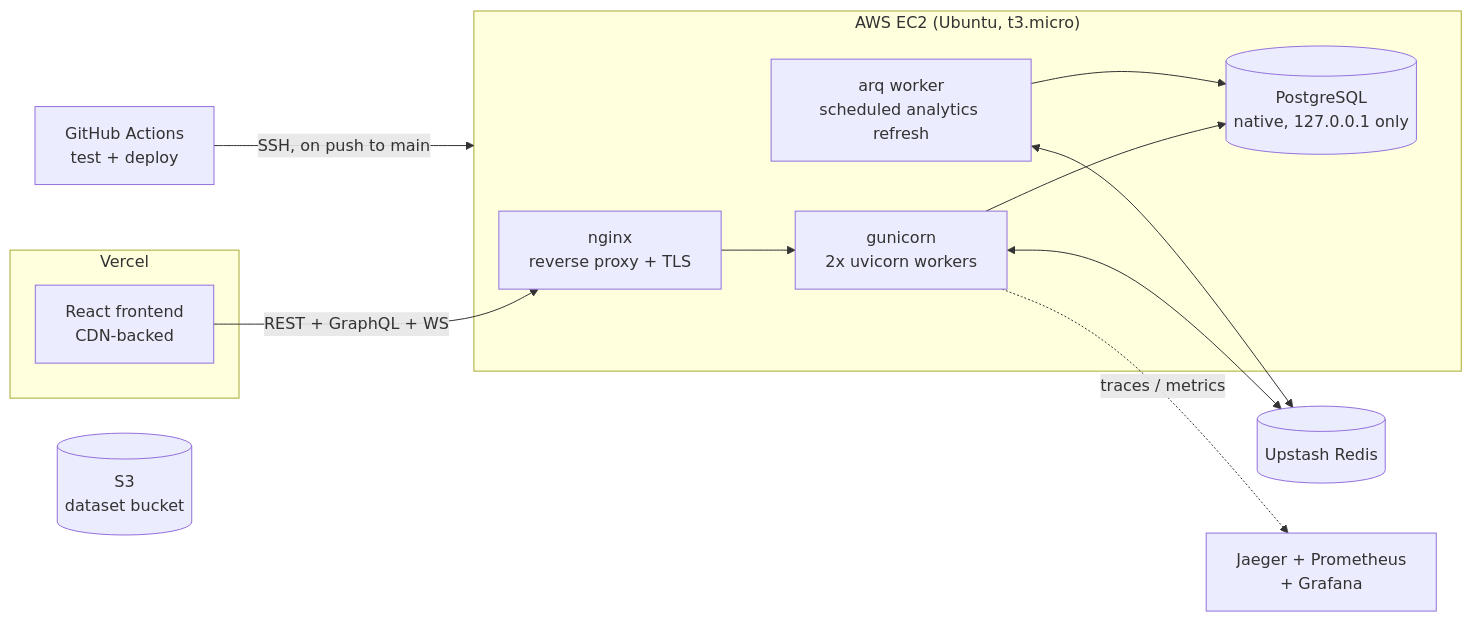
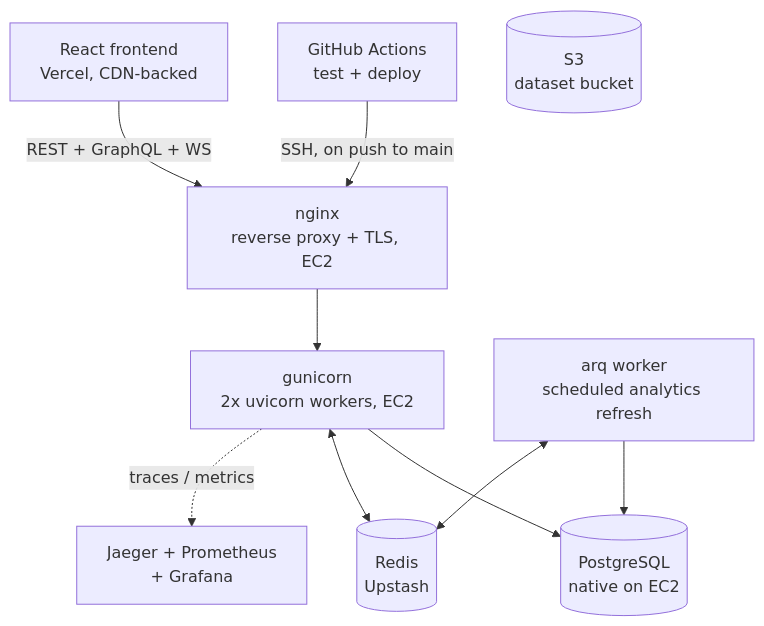
The second of 2 diagrams in README.md (rohantiwari9573/railsphere-backend), drawn with Mermaid before and after one commit.

Commit message:
docs: simplify deployment topology diagram
Dropped the subgraph nesting (Vercel/EC2 boxes) that was causing
GitHub's Mermaid renderer to cram everything into an overlapping
layout. Flattened it to a plain top-down flowchart matching the
request-flow diagram's style above it -- same information, readable
now.

````diff
--- a/README.md
+++ b/README.md
@@ -146,24 +146,12 @@
 ```mermaid
-flowchart LR
-    GH["GitHub Actions<br/>test + deploy"] -->|SSH, on push to main| EC2
-
-    subgraph Vercel["Vercel"]
-        FE["React frontend<br/>CDN-backed"]
-    end
-
-    subgraph EC2["AWS EC2 (Ubuntu, t3.micro)"]
-        Nginx["nginx<br/>reverse proxy + TLS"] --> App["gunicorn<br/>2x uvicorn workers"]
-        App --> DB[("PostgreSQL<br/>native, 127.0.0.1 only")]
-        Worker["arq worker<br/>scheduled analytics refresh"]
-    end
-
-    Redis[("Upstash Redis")]
+flowchart TD
+    GH["GitHub Actions<br/>test + deploy"] -->|SSH, on push to main| Nginx
+    FE["React frontend<br/>Vercel, CDN-backed"] -->|REST + GraphQL + WS| Nginx["nginx<br/>reverse proxy + TLS, EC2"]
+    Nginx --> App["gunicorn<br/>2x uvicorn workers, EC2"]
+    App --> DB[("PostgreSQL<br/>native on EC2")]
+    App <--> Redis[("Redis<br/>Upstash")]
+    Worker["arq worker<br/>scheduled analytics refresh"] --> DB
+    Worker <--> Redis
+    App -.traces / metrics.-> Obs["Jaeger + Prometheus<br/>+ Grafana"]
     S3[("S3<br/>dataset bucket")]
-    Obs["Jaeger + Prometheus<br/>+ Grafana"]
-
-    FE -->|REST + GraphQL + WS| Nginx
-    App <--> Redis
-    Worker <--> Redis
-    Worker --> DB
-    App -.traces / metrics.-> Obs
 ```
````
